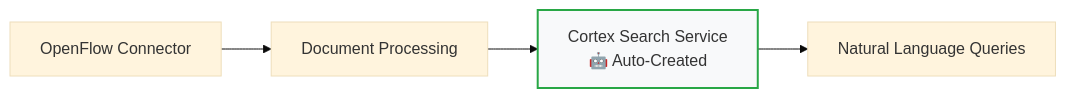
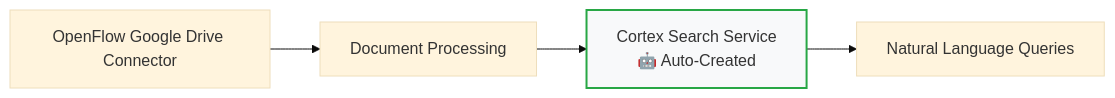
One commit to Snowflake-Labs/openflow-unstructured-data-pipeline-demo changed the diagram in docs/getting-started/quick-setup.md. Above: the diagram before and after it, drawn with Mermaid (base theme). The commit also changed other lines of this file and 11 other files, not shown here.

````diff
--- a/docs/getting-started/quick-setup.md
+++ b/docs/getting-started/quick-setup.md
@@ -146,9 +166,9 @@
 ```mermaid
 graph LR
-    A[OpenFlow Connector] --> B[Document Processing]
+    A[OpenFlow Google Drive Connector] --> B[Document Processing]
     B --> C[Cortex Search Service<br/>🤖 Auto-Created]
     C --> D[Natural Language Queries]
     
     classDef autoStyle fill:#f8f9fa,stroke:#28a745,stroke-width:2px
     class C autoStyle
 ```
````
